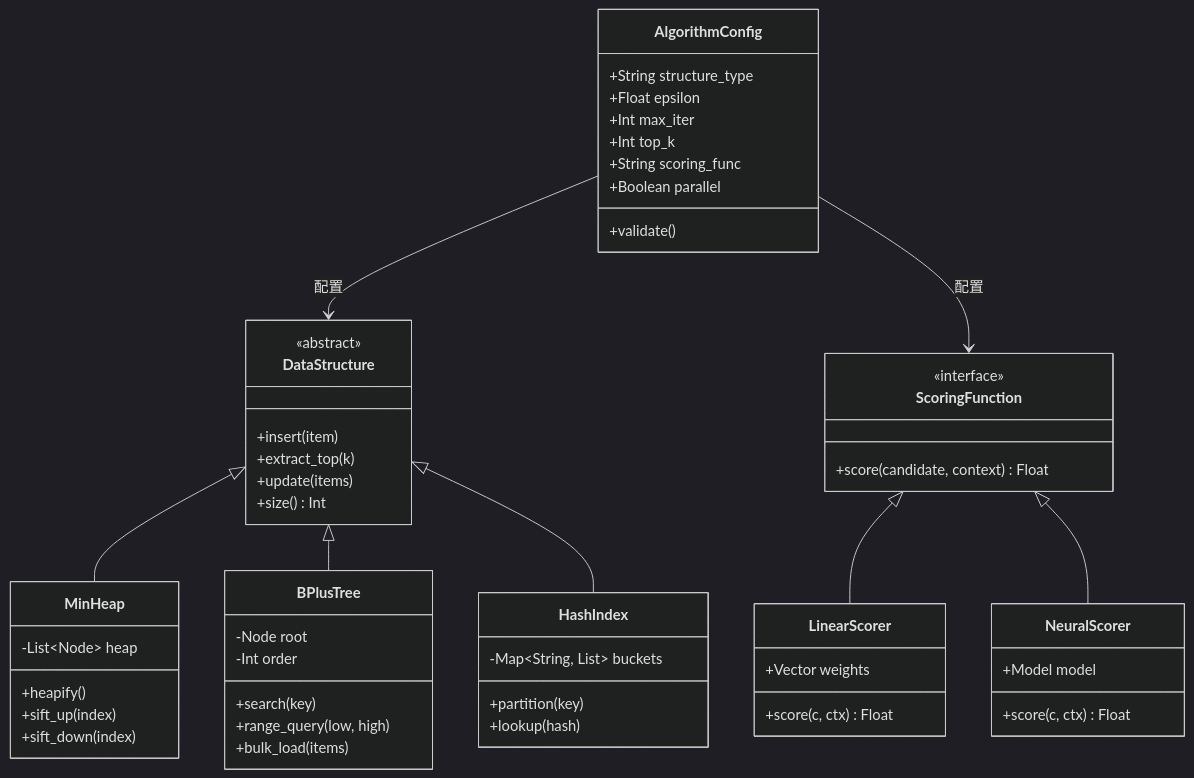
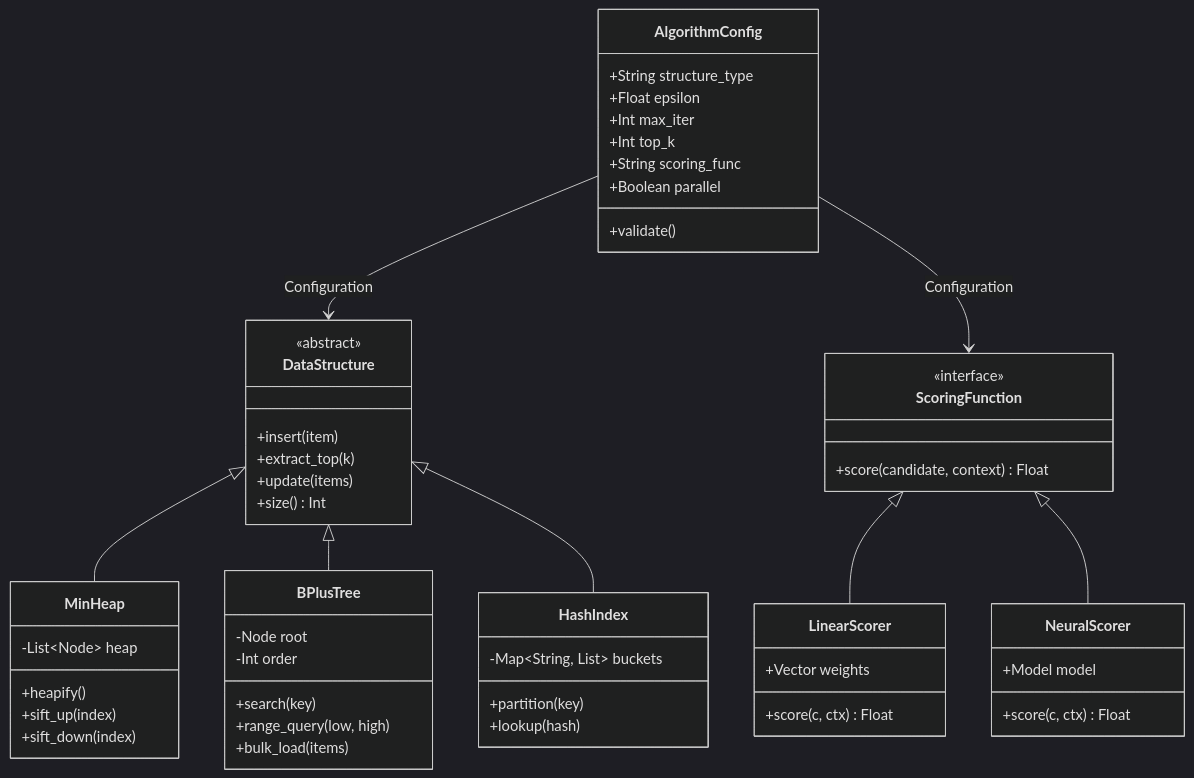
One commit to Kirky-X/cangjie changed the fifth of 10 diagrams in templates/产品/技术层/【模板】核心算法文档.md. Above: the diagram before and after it, drawn with Mermaid (dark theme). The commit also changed other lines of this file and 60 other files, not shown here.

````diff
--- a/templates/产品/技术层/【模板】核心算法文档.md
+++ b/templates/产品/技术层/【模板】核心算法文档.md
@@ -499,65 +499,65 @@
 ```mermaid
 classDiagram
     class AlgorithmConfig {
         +String structure_type
         +Float epsilon
         +Int max_iter
         +Int top_k
         +String scoring_func
         +Boolean parallel
         +validate()
     }
 
     class DataStructure {
         <<abstract>>
         +insert(item)
         +extract_top(k)
         +update(items)
         +size() Int
     }
 
     class MinHeap {
         -List~Node~ heap
         +heapify()
         +sift_up(index)
         +sift_down(index)
     }
 
     class BPlusTree {
         -Node root
         -Int order
         +search(key)
         +range_query(low, high)
         +bulk_load(items)
     }
 
     class HashIndex {
         -Map~String, List~ buckets
         +partition(key)
         +lookup(hash)
     }
 
     class ScoringFunction {
         <<interface>>
         +score(candidate, context) Float
     }
 
     class LinearScorer {
         +Vector weights
         +score(c, ctx) Float
     }
 
     class NeuralScorer {
         +Model model
         +score(c, ctx) Float
     }
 
     DataStructure <|-- MinHeap
     DataStructure <|-- BPlusTree
     DataStructure <|-- HashIndex
     ScoringFunction <|-- LinearScorer
     ScoringFunction <|-- NeuralScorer
 
-    AlgorithmConfig --> DataStructure : 配置
-    AlgorithmConfig --> ScoringFunction : 配置
+    AlgorithmConfig --> DataStructure : Configuration
+    AlgorithmConfig --> ScoringFunction : Configuration
 ```
````
